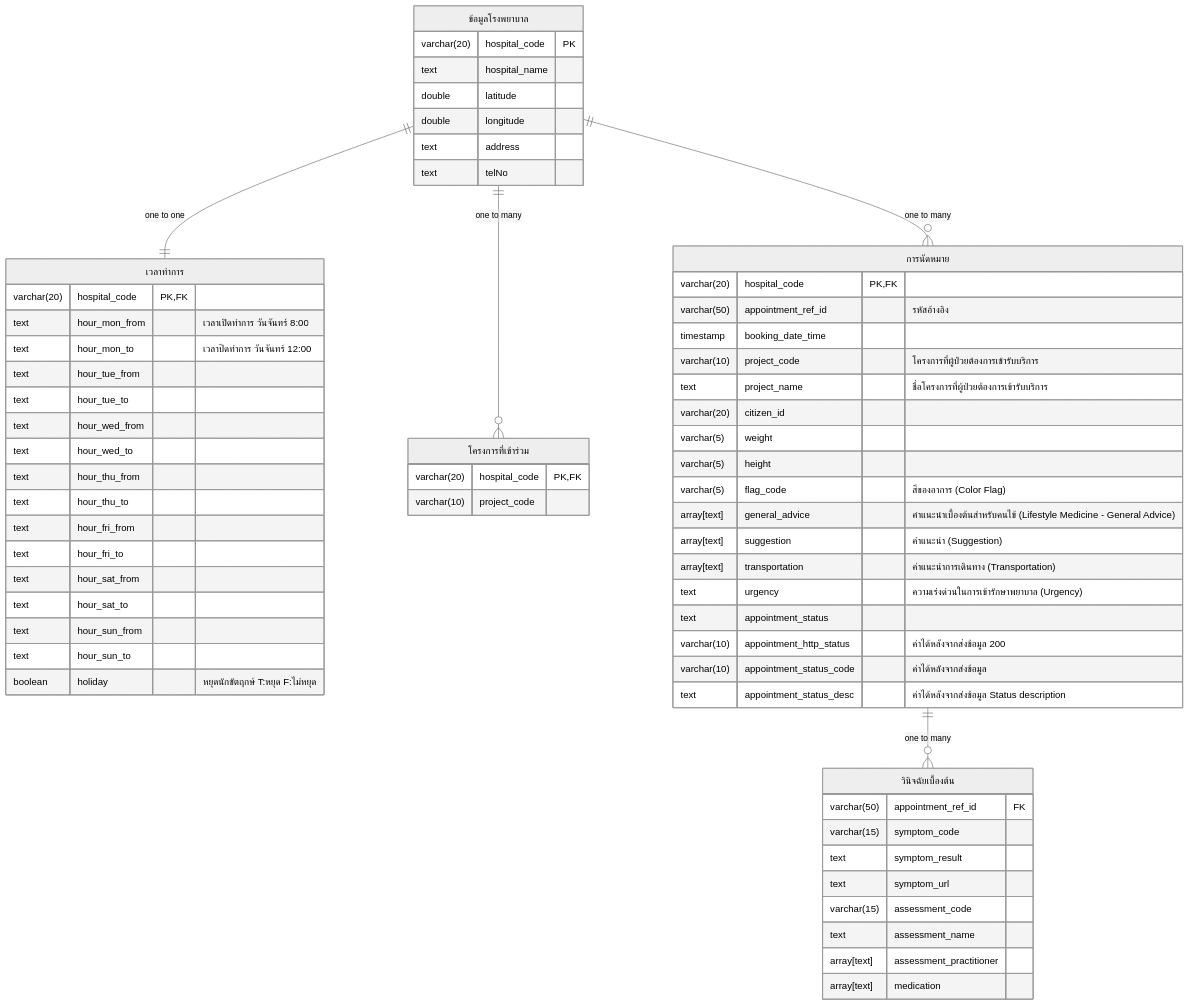
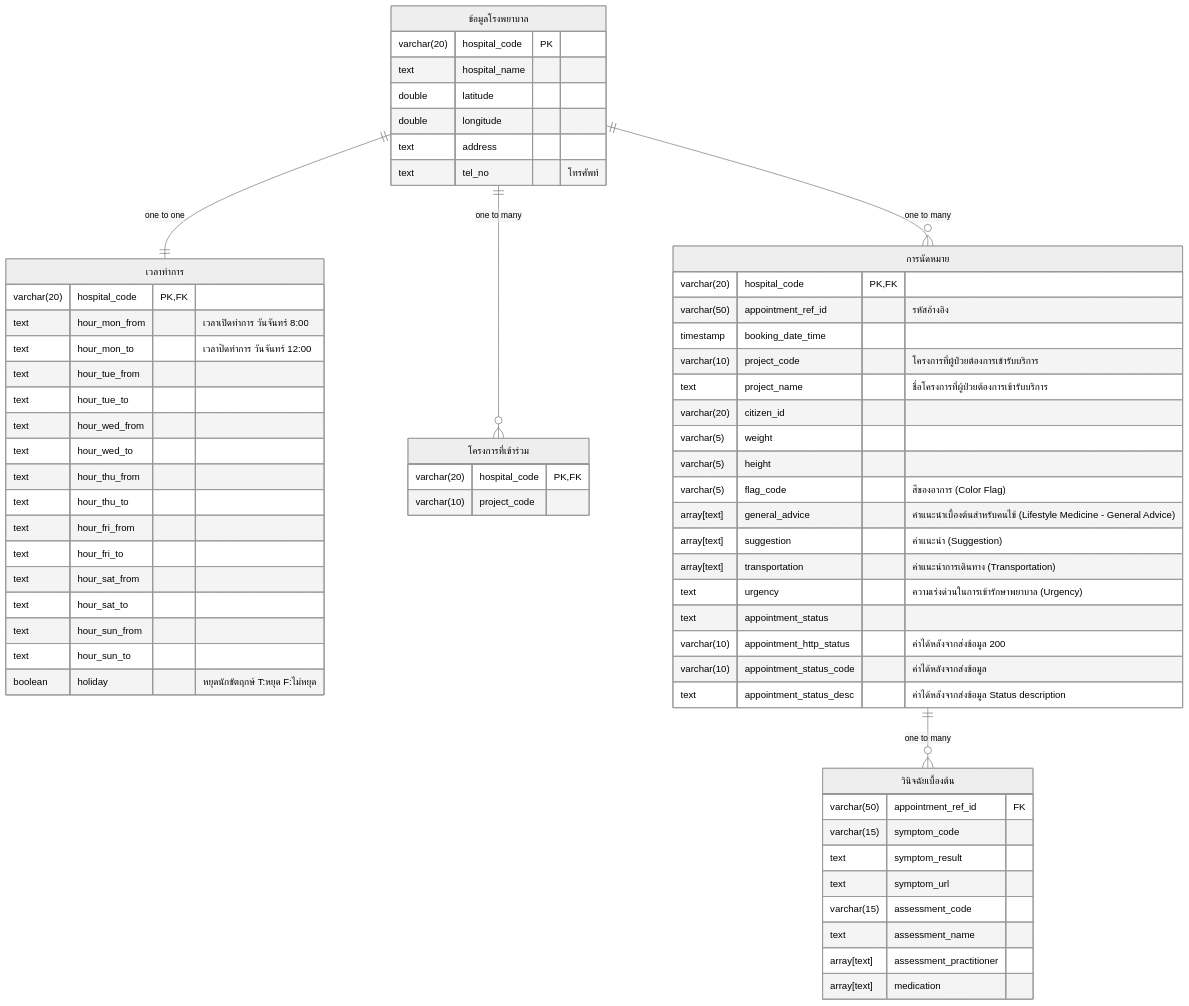
One commit to lionants02/public changed the first of 2 diagrams in ktb-amed/entity/README.md. Above: the diagram before and after it, drawn with Mermaid (neutral theme).

Commit message:
แก้คำผิด

````diff
--- a/ktb-amed/entity/README.md
+++ b/ktb-amed/entity/README.md
@@ -2,82 +2,82 @@
 ```mermaid
 erDiagram
     hospital["ข้อมูลโรงพยาบาล"]
     business_hours["เวลาทำการ"]
     business_project_code["โครงการที่เข้าร่วม"]
     appointment["การนัดหมาย"]
 
     hospital one to one business_hours: "one to one"
     hospital one to many business_project_code :"one to many"
     hospital one to many appointment :"one to many"
     appointment one to many appointment_possible_diagnosist:"one to many"
 
 
 
     hospital{
         varchar(20) hospital_code PK
         text hospital_name
         double latitude
         double longitude
         text address
-        text telNo
+        text tel_no "โทรศัพท์"
     }
 
     business_project_code{
         varchar(20) hospital_code PK,FK
         varchar(10) project_code
     }
 
     business_hours{
         varchar(20) hospital_code PK,FK
         text hour_mon_from "เวลาเปิดทำการ วันจันทร์ 8:00"
         text hour_mon_to "เวลาปิดทำการ วันจันทร์ 12:00"
         text hour_tue_from
         text hour_tue_to
         text hour_wed_from
         text hour_wed_to
         text hour_thu_from
         text hour_thu_to
         text hour_fri_from
         text hour_fri_to
         text hour_sat_from
         text hour_sat_to
         text hour_sun_from
         text hour_sun_to
         boolean holiday "หยุดนักขัตฤกษ์ T:หยุด F:ไม่หยุด"
     }
     appointment{
         varchar(20) hospital_code PK,FK
         varchar(50) appointment_ref_id "รหัสอ้างอิง"
         timestamp booking_date_time
         varchar(10) project_code "โครงการที่ผู้ป่วยต้องการเข้ารับบริการ"
         text project_name "ชื่อโครงการที่ผู้ป่วยต้องการเข้ารับบริการ"
         varchar(20) citizen_id
         varchar(5) weight
         varchar(5) height
         varchar(5) flag_code "สีของอาการ (Color Flag)
 "
         array[text] general_advice "คำแนะนำเบื้องต้นสำหรับคนไข้ (Lifestyle Medicine - General Advice)"
         array[text] suggestion "คำแนะนำ (Suggestion)"
         array[text] transportation "คำแนะนำการเดินทาง (Transportation)"
         text urgency "ความเร่งด่วนในการเข้ารักษาพยาบาล (Urgency)"
 
         text appointment_status
         varchar(10) appointment_http_status "ค่าได้หลังจากส่งข้อมูล 200"
         varchar(10) appointment_status_code "ค่าได้หลังจากส่งข้อมูล"
         text appointment_status_desc "ค่าได้หลังจากส่งข้อมูล Status description"
 
     }
 
     appointment_possible_diagnosist["วินิจฉัยเบื้องต้น"]{
         varchar(50) appointment_ref_id FK
         varchar(15) symptom_code
         text symptom_result
         text symptom_url
         varchar(15) assessment_code
         text assessment_name
 
         array[text] assessment_practitioner
         array[text] medication
     }
     
 ```
````
